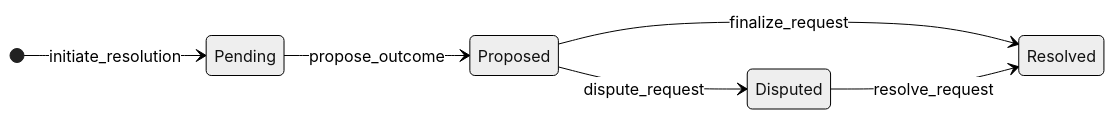
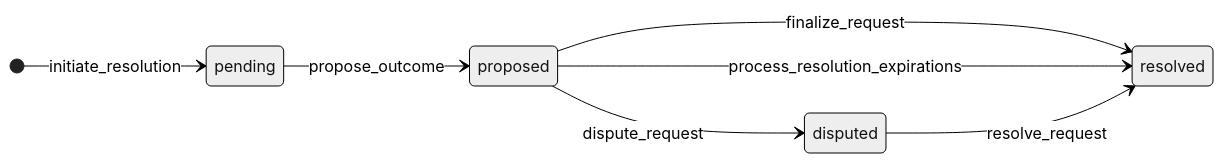
Before and after one commit to joaomoa/outcome: the diagram in docs/resolution_design.md, drawn with Mermaid (neutral theme). The commit also changed other lines of this file and 1 other file, not shown here.

Commit message:
Align state machine docs with actual accept and resolution flows.
Remove the phantom Accepted state, document atomic escrow locking and
insufficient-funds rollback, and expand resolution to show dual-track
requests.status vs resolutions.status through payout and settle.

````diff
--- a/docs/resolution_design.md
+++ b/docs/resolution_design.md
@@ -11,9 +11,10 @@
 ```mermaid
 stateDiagram-v2
     direction LR
-    [*] --> Pending: initiate_resolution
-    Pending --> Proposed: propose_outcome
-    Proposed --> Resolved: finalize_request
-    Proposed --> Disputed: dispute_request
-    Disputed --> Resolved: resolve_request
+    [*] --> pending: initiate_resolution
+    pending --> proposed: propose_outcome
+    proposed --> resolved: finalize_request
+    proposed --> resolved: process_resolution_expirations
+    proposed --> disputed: dispute_request
+    disputed --> resolved: resolve_request
 ```
````
